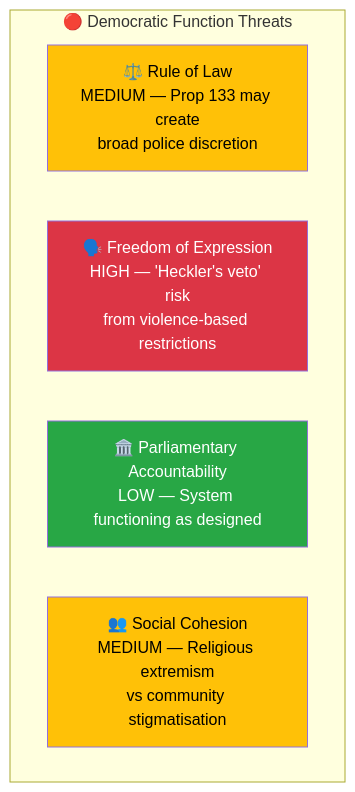
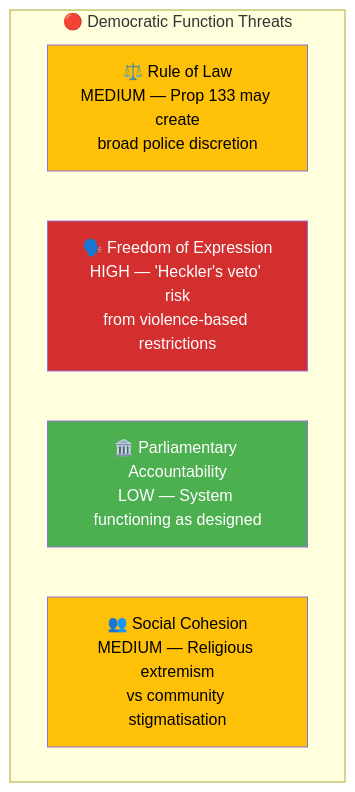
One commit to Hack23/riksdagsmonitor changed the diagram in analysis/daily/2026-04-08/interpellations/threat-analysis.md. Above: the diagram before and after it, drawn with Mermaid. The commit also changed 785 other files, not shown here.

First line of the commit message:
Normalize mermaid colors across 786 analysis artifacts to ISMS Style Guide palette

````diff
--- a/analysis/daily/2026-04-08/interpellations/threat-analysis.md
+++ b/analysis/daily/2026-04-08/interpellations/threat-analysis.md
@@ -15,13 +15,13 @@
 ```mermaid
 graph TD
     subgraph "🔴 Democratic Function Threats"
         T1["⚖️ Rule of Law<br/>MEDIUM — Prop 133 may create<br/>broad police discretion"]
         T2["🗣️ Freedom of Expression<br/>HIGH — 'Heckler's veto' risk<br/>from violence-based restrictions"]
         T3["🏛️ Parliamentary Accountability<br/>LOW — System functioning as designed"]
         T4["👥 Social Cohesion<br/>MEDIUM — Religious extremism<br/>vs community stigmatisation"]
     end
-    style T1 fill:#ffc107,color:#000
-    style T2 fill:#dc3545,color:#fff
-    style T3 fill:#28a745,color:#fff
-    style T4 fill:#ffc107,color:#000
+    style T1 fill:#FFC107,color:#000000
+    style T2 fill:#D32F2F,color:#FFFFFF
+    style T3 fill:#4CAF50,color:#FFFFFF
+    style T4 fill:#FFC107,color:#000000
 ```
````
